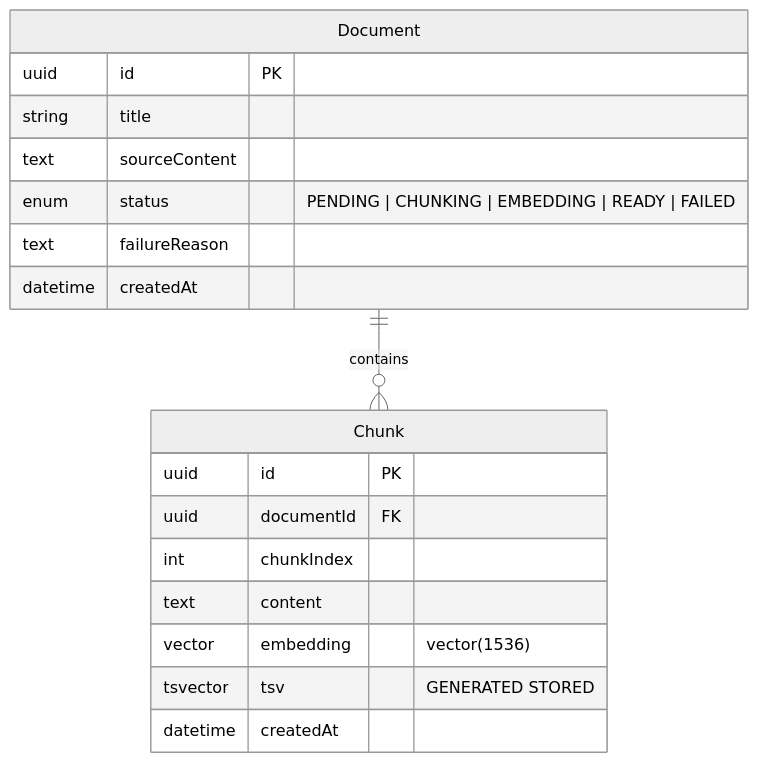
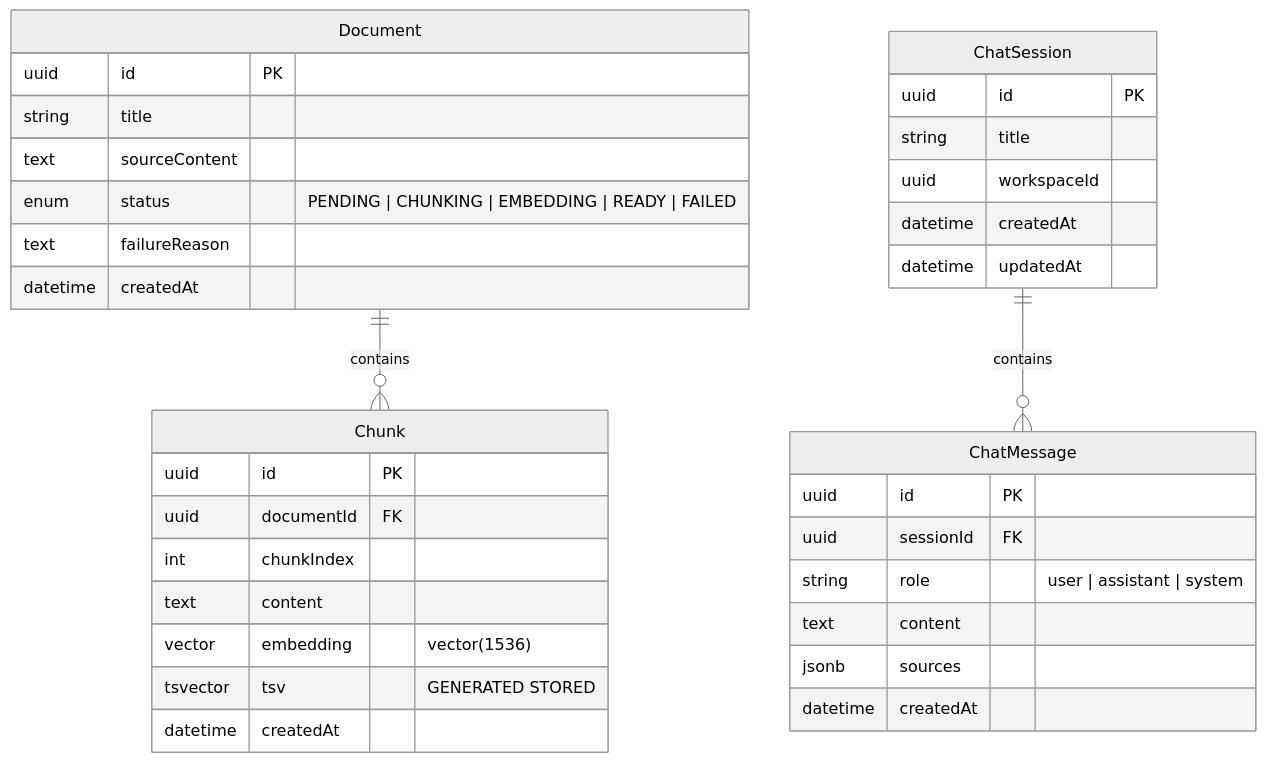
One commit to mo74x/Docmind changed the ninth of 10 diagrams in README.md. Above: the diagram before and after it, drawn with Mermaid (neutral theme). The commit also changed other lines of this file and 15 other files, not shown here.

````diff
--- a/README.md
+++ b/README.md
@@ -529,23 +567,41 @@
 ```mermaid
 erDiagram
     Document ||--o{ Chunk : "contains"
+    ChatSession ||--o{ ChatMessage : "contains"
 
     Document {
         uuid id PK
         string title
         text sourceContent
         enum status "PENDING | CHUNKING | EMBEDDING | READY | FAILED"
         text failureReason
         datetime createdAt
     }
 
     Chunk {
         uuid id PK
         uuid documentId FK
         int chunkIndex
         text content
         vector embedding "vector(1536)"
         tsvector tsv "GENERATED STORED"
         datetime createdAt
     }
+
+    ChatSession {
+        uuid id PK
+        string title
+        uuid workspaceId
+        datetime createdAt
+        datetime updatedAt
+    }
+
+    ChatMessage {
+        uuid id PK
+        uuid sessionId FK
+        string role "user | assistant | system"
+        text content
+        jsonb sources
+        datetime createdAt
+    }
 ```
````
